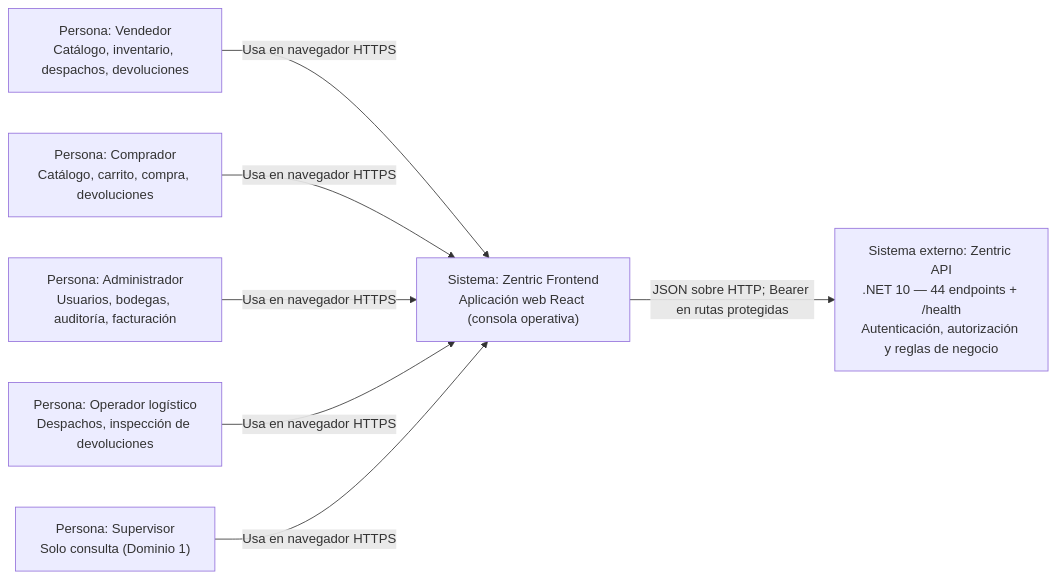
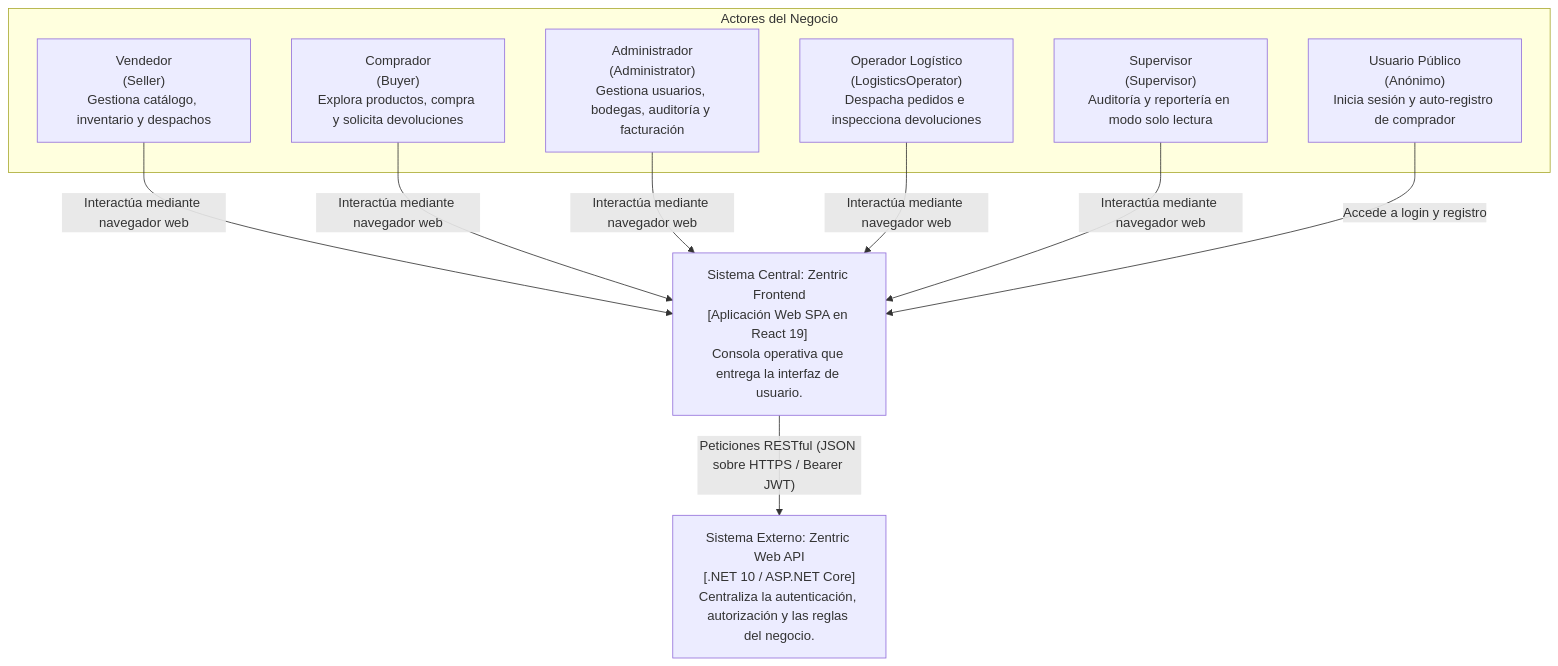
Before and after one commit to D-MachadoDev/Zentric: the diagram in frontendSDD/C4-1-Contexto.md, drawn with Mermaid. The commit also changed other lines of this file and 7 other files, not shown here.

````diff
--- a/frontendSDD/C4-1-Contexto.md
+++ b/frontendSDD/C4-1-Contexto.md
@@ -23,18 +19,24 @@
 ```mermaid
-flowchart LR
-  seller["Persona: Vendedor<br/>Catálogo, inventario, despachos, devoluciones"]
-  buyer["Persona: Comprador<br/>Catálogo, carrito, compra, devoluciones"]
-  admin["Persona: Administrador<br/>Usuarios, bodegas, auditoría, facturación"]
-  logistics["Persona: Operador logístico<br/>Despachos, inspección de devoluciones"]
-  supervisor["Persona: Supervisor<br/>Solo consulta (Dominio 1)"]
+flowchart TB
+  subgraph Actores["Actores del Negocio"]
+    seller["Vendedor<br/>(Seller)<br/>Gestiona catálogo, inventario y despachos"]
+    buyer["Comprador<br/>(Buyer)<br/>Explora productos, compra y solicita devoluciones"]
+    admin["Administrador<br/>(Administrator)<br/>Gestiona usuarios, bodegas, auditoría y facturación"]
+    logistics["Operador Logístico<br/>(LogisticsOperator)<br/>Despacha pedidos e inspecciona devoluciones"]
+    supervisor["Supervisor<br/>(Supervisor)<br/>Auditoría y reportería en modo solo lectura"]
+    guest["Usuario Público<br/>(Anónimo)<br/>Inicia sesión y auto-registro de comprador"]
+  end
 
-  frontend["Sistema: Zentric Frontend<br/>Aplicación web React (consola operativa)"]
-  backend["Sistema externo: Zentric API<br/>.NET 10 — 44 endpoints + /health<br/>Autenticación, autorización y reglas de negocio"]
+  system["Sistema Central: Zentric Frontend<br/>[Aplicación Web SPA en React 19]<br/>Consola operativa que entrega la interfaz de usuario."]
 
-  seller -->|"Usa en navegador HTTPS"| frontend
-  buyer -->|"Usa en navegador HTTPS"| frontend
-  admin -->|"Usa en navegador HTTPS"| frontend
-  logistics -->|"Usa en navegador HTTPS"| frontend
-  supervisor -->|"Usa en navegador HTTPS"| frontend
-  frontend -->|"JSON sobre HTTP; Bearer en rutas protegidas"| backend
+  backend["Sistema Externo: Zentric Web API<br/>[.NET 10 / ASP.NET Core]<br/>Centraliza la autenticación, autorización y las reglas del negocio."]
+
+  seller -->|"Interactúa mediante navegador web"| system
+  buyer -->|"Interactúa mediante navegador web"| system
+  admin -->|"Interactúa mediante navegador web"| system
+  logistics -->|"Interactúa mediante navegador web"| system
+  supervisor -->|"Interactúa mediante navegador web"| system
+  guest -->|"Accede a login y registro"| system
+
+  system -->|"Peticiones RESTful (JSON sobre HTTPS / Bearer JWT)"| backend
 ```
````
